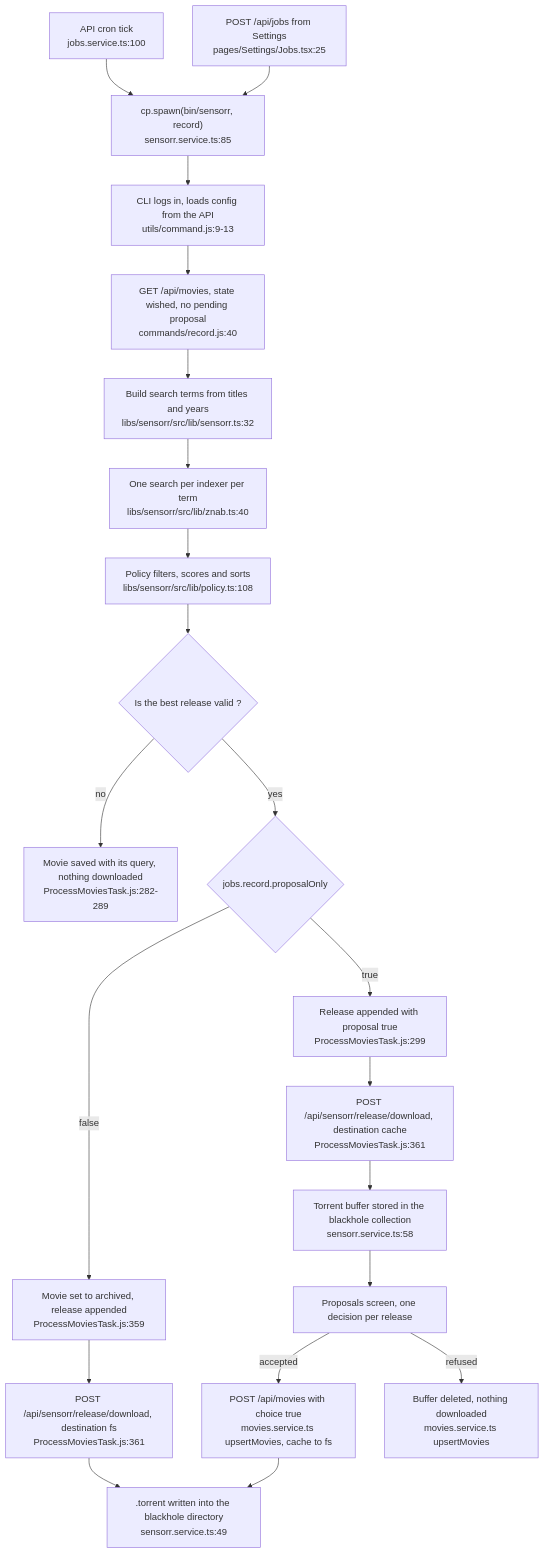
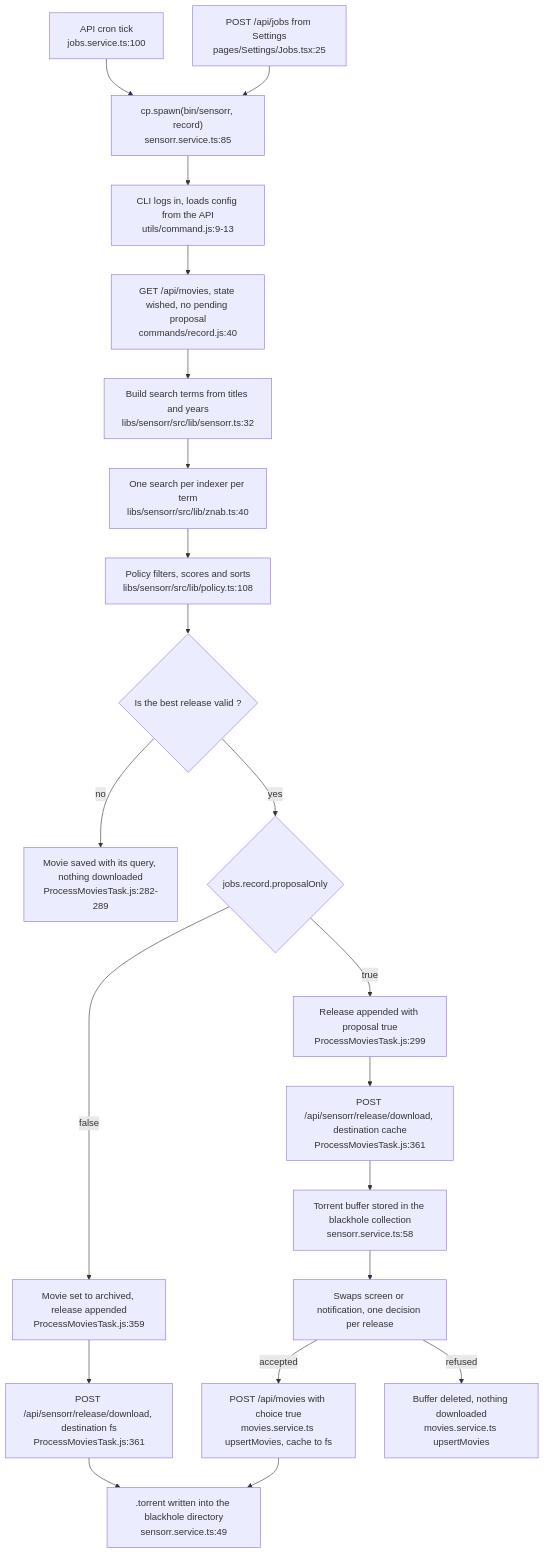
One commit to thcolin/sensorr changed the diagram in docs/architecture.md. Above: the diagram before and after it, drawn with Mermaid. The commit also changed 8 other files, not shown here.

First line of the commit message:
feat(proposals): drop record proposals from the screen and rename it Swaps

````diff
--- a/docs/architecture.md
+++ b/docs/architecture.md
@@ -84,31 +84,31 @@
 ```mermaid
 flowchart TD
   cron["API cron tick<br/>jobs.service.ts:100"] --> spawn
   post["POST /api/jobs from Settings<br/>pages/Settings/Jobs.tsx:25"] --> spawn
   spawn["cp.spawn(bin/sensorr, record)<br/>sensorr.service.ts:85"] --> boot
 
   boot["CLI logs in, loads config from the API<br/>utils/command.js:9-13"] --> fetch
   fetch["GET /api/movies, state wished, no pending proposal<br/>commands/record.js:40"] --> query
   query["Build search terms from titles and years<br/>libs/sensorr/src/lib/sensorr.ts:32"] --> search
   search["One search per indexer per term<br/>libs/sensorr/src/lib/znab.ts:40"] --> policy
   policy["Policy filters, scores and sorts<br/>libs/sensorr/src/lib/policy.ts:108"] --> valid
 
   valid{"Is the best release valid ?"}
   valid -->|no| stop["Movie saved with its query, nothing downloaded<br/>ProcessMoviesTask.js:282-289"]
   valid -->|yes| branch
 
   branch{"jobs.record.proposalOnly"}
   branch -->|false| direct["Movie set to archived, release appended<br/>ProcessMoviesTask.js:359"]
   branch -->|true| propose["Release appended with proposal true<br/>ProcessMoviesTask.js:299"]
 
   direct --> dlfs["POST /api/sensorr/release/download, destination fs<br/>ProcessMoviesTask.js:361"]
   propose --> dlcache["POST /api/sensorr/release/download, destination cache<br/>ProcessMoviesTask.js:361"]
 
   dlfs --> blackhole[".torrent written into the blackhole directory<br/>sensorr.service.ts:49"]
   dlcache --> cached["Torrent buffer stored in the blackhole collection<br/>sensorr.service.ts:58"]
 
-  cached --> review["Proposals screen, one decision per release"]
+  cached --> review["Swaps screen or notification, one decision per release"]
   review -->|accepted| accept["POST /api/movies with choice true<br/>movies.service.ts upsertMovies, cache to fs"]
   review -->|refused| refuse["Buffer deleted, nothing downloaded<br/>movies.service.ts upsertMovies"]
   accept --> blackhole
 ```
````
